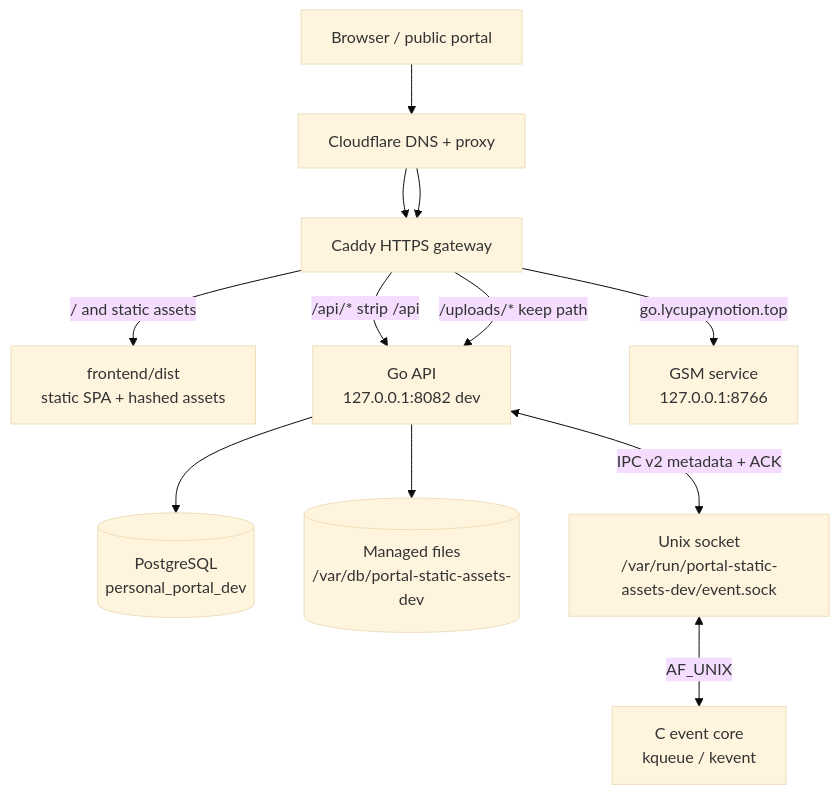
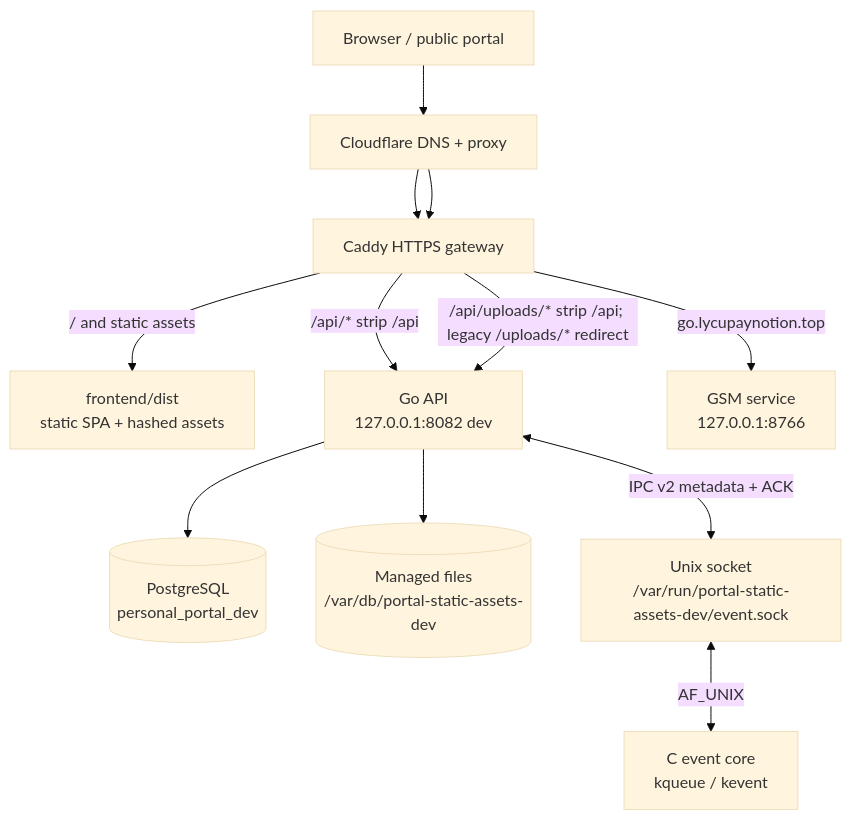
One commit to lycupay-debug/portal-static-assets changed the first of 3 diagrams in docs/architecture/system-map.md. Above: the diagram before and after it, drawn with Mermaid (base theme). The commit also changed other lines of this file and 12 other files, not shown here.

````diff
--- a/docs/architecture/system-map.md
+++ b/docs/architecture/system-map.md
@@ -7,24 +7,24 @@
 ```mermaid
 flowchart TB
   Browser[Browser / public portal]
   CF[Cloudflare DNS + proxy]
   Caddy[Caddy HTTPS gateway]
   Static[frontend/dist\nstatic SPA + hashed assets]
   API[Go API\n127.0.0.1:8082 dev]
   DB[(PostgreSQL\npersonal_portal_dev)]
   FS[(Managed files\n/var/db/portal-static-assets-dev)]
   IPC[Unix socket\n/var/run/portal-static-assets-dev/event.sock]
   Core[C event core\nkqueue / kevent]
   GSM[GSM service\n127.0.0.1:8766]
 
   Browser --> CF --> Caddy
   Caddy -->|/ and static assets| Static
   Caddy -->|/api/* strip /api| API
-  Caddy -->|/uploads/* keep path| API
+  Caddy -->|/api/uploads/* strip /api; legacy /uploads/* redirect| API
   API --> DB
   API --> FS
   API <-->|IPC v2 metadata + ACK| IPC
   IPC <-->|AF_UNIX| Core
   CF --> Caddy
   Caddy -->|go.lycupaynotion.top| GSM
 ```
````
